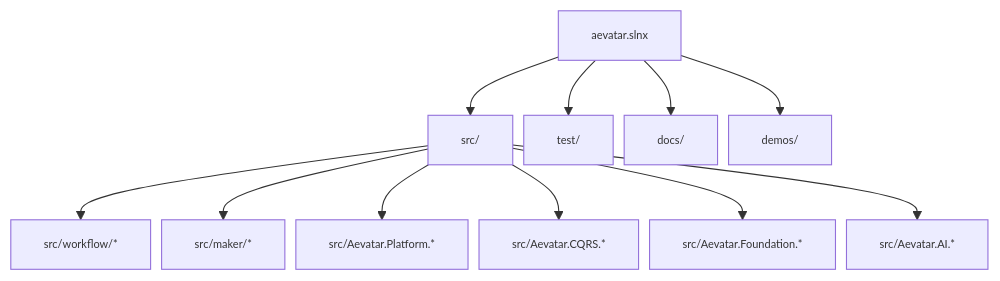
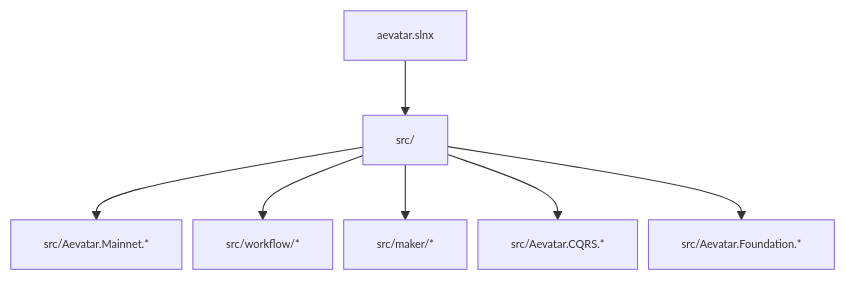
One commit to aevatarAI/aevatar changed the first of 4 diagrams in docs/PROJECT_ARCHITECTURE.md. Above: the diagram before and after it, drawn with Mermaid. The commit also changed other lines of this file and 87 other files, not shown here.

First line of the commit message:
Refactor Aevatar architecture to integrate Mainnet capabilities

````diff
--- a/docs/PROJECT_ARCHITECTURE.md
+++ b/docs/PROJECT_ARCHITECTURE.md
@@ -15,15 +16,10 @@
 ```mermaid
 %%{init: {"maxTextSize": 100000, "flowchart": {"useMaxWidth": false, "nodeSpacing": 10, "rankSpacing": 50}, "themeVariables": {"fontSize": "10px"}}}%%
 flowchart TB
     R["aevatar.slnx"] --> SRC["src/"]
-    R --> TEST["test/"]
-    R --> DOCS["docs/"]
-    R --> DEMOS["demos/"]
-
+    SRC --> MN["src/Aevatar.Mainnet.*"]
     SRC --> WF["src/workflow/*"]
     SRC --> MK["src/maker/*"]
-    SRC --> PF["src/Aevatar.Platform.*"]
     SRC --> CQ["src/Aevatar.CQRS.*"]
     SRC --> FD["src/Aevatar.Foundation.*"]
-    SRC --> AI["src/Aevatar.AI.*"]
 ```
````
